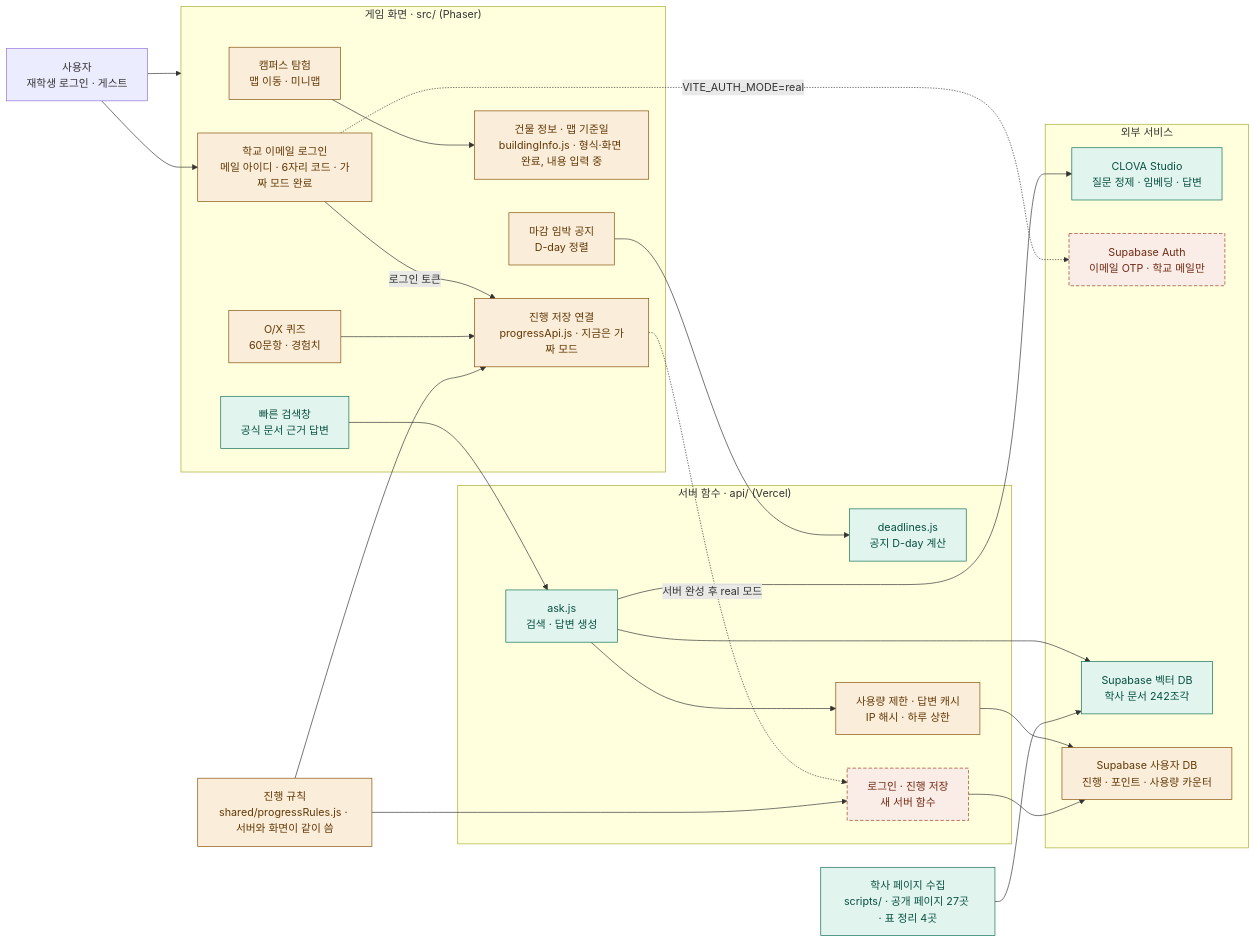
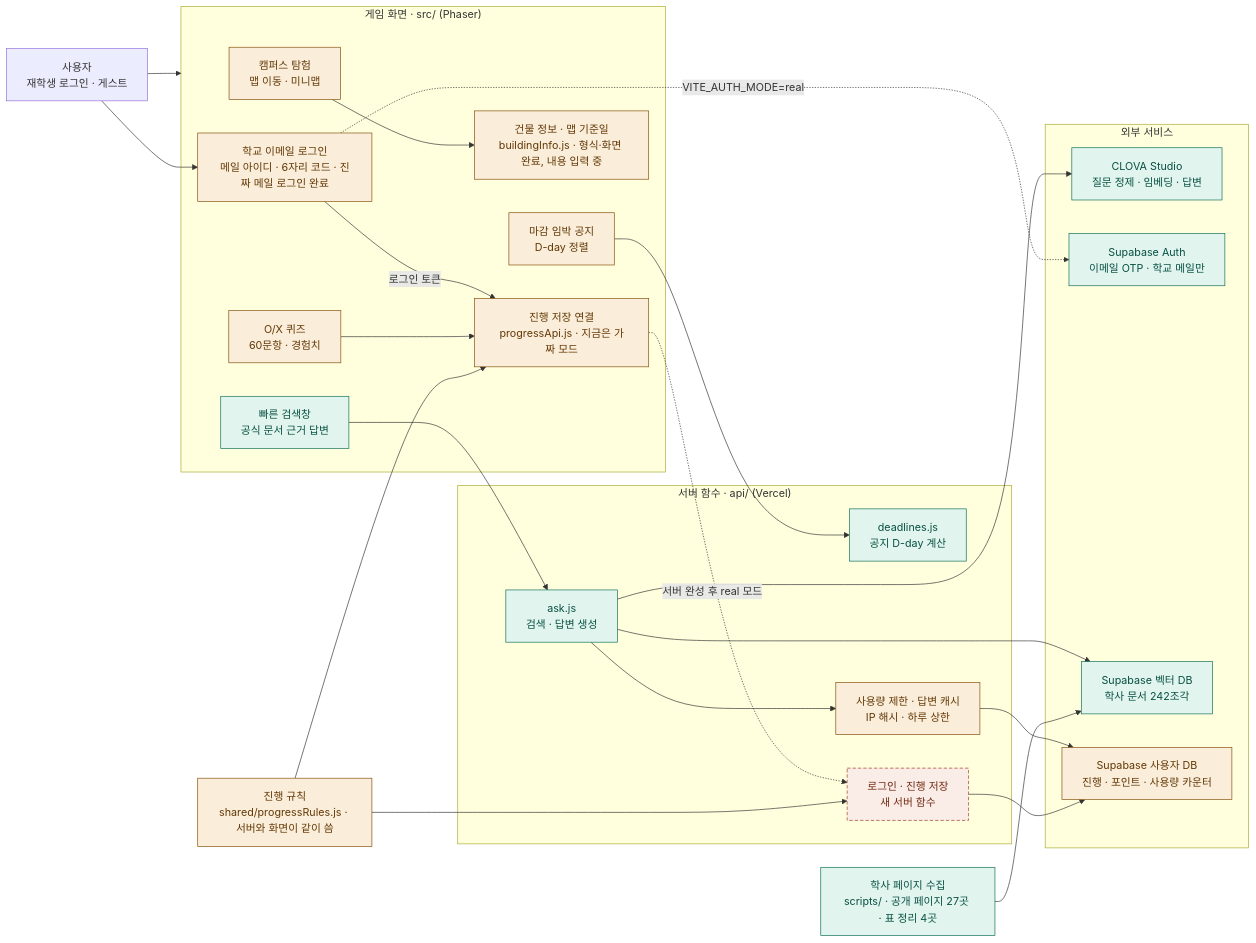
The diagram in docs/ARCHITECTURE.md (202502859-source/hufs-quest), drawn with Mermaid before and after one commit. The commit also changed other lines of this file and 5 other files, not shown here.

````diff
--- a/docs/ARCHITECTURE.md
+++ b/docs/ARCHITECTURE.md
@@ -8,58 +8,58 @@
 ```mermaid
 flowchart LR
     user["사용자<br/>재학생 로그인 · 게스트"]
 
     subgraph game["게임 화면 · src/ (Phaser)"]
         explore["캠퍼스 탐험<br/>맵 이동 · 미니맵"]
         search["빠른 검색창<br/>공식 문서 근거 답변"]
         quiz["O/X 퀴즈<br/>60문항 · 경험치"]
         notice["마감 임박 공지<br/>D-day 정렬"]
         mapInfo["건물 정보 · 맵 기준일<br/>buildingInfo.js · 형식·화면 완료, 내용 입력 중"]
         progress["진행 저장 연결<br/>progressApi.js · 지금은 가짜 모드"]
-        login["학교 이메일 로그인<br/>메일 아이디 · 6자리 코드 · 가짜 모드 완료"]
+        login["학교 이메일 로그인<br/>메일 아이디 · 6자리 코드 · 진짜 메일 로그인 완료"]
     end
 
     rules["진행 규칙<br/>shared/progressRules.js · 서버와 화면이 같이 씀"]
 
     subgraph server["서버 함수 · api/ (Vercel)"]
         ask["ask.js<br/>검색 · 답변 생성"]
         deadlines["deadlines.js<br/>공지 D-day 계산"]
         newApi["로그인 · 진행 저장<br/>새 서버 함수"]
         limiter["사용량 제한 · 답변 캐시<br/>IP 해시 · 하루 상한"]
     end
 
     subgraph external["외부 서비스"]
         clova["CLOVA Studio<br/>질문 정제 · 임베딩 · 답변"]
         supaAuth["Supabase Auth<br/>이메일 OTP · 학교 메일만"]
         vector["Supabase 벡터 DB<br/>학사 문서 242조각"]
         userDb["Supabase 사용자 DB<br/>진행 · 포인트 · 사용량 카운터"]
     end
 
     collect["학사 페이지 수집<br/>scripts/ · 공개 페이지 27곳 · 표 정리 4곳"]
 
     user --> game
     user --> login
     login -.->|"VITE_AUTH_MODE=real"| supaAuth
     login -->|"로그인 토큰"| progress
     search --> ask
     notice --> deadlines
     quiz --> progress
     progress -.->|"서버 완성 후 real 모드"| newApi
     rules --> progress
     rules --> newApi
     explore --> mapInfo
     ask --> limiter
     limiter --> userDb
     ask --> clova
     ask --> vector
     newApi --> userDb
     collect --> vector
 
     classDef done fill:#E1F5EE,stroke:#0F6E56,color:#085041
     classDef partial fill:#FAEEDA,stroke:#854F0B,color:#633806
     classDef todo fill:#FAECE7,stroke:#993C1D,color:#712B13,stroke-dasharray:5 3
 
-    class search,ask,deadlines,clova,vector,collect done
+    class search,ask,deadlines,clova,vector,collect,supaAuth done
     class explore,quiz,notice,progress,rules,userDb,login,limiter,mapInfo partial
-    class newApi,supaAuth todo
+    class newApi todo
 ```
````
